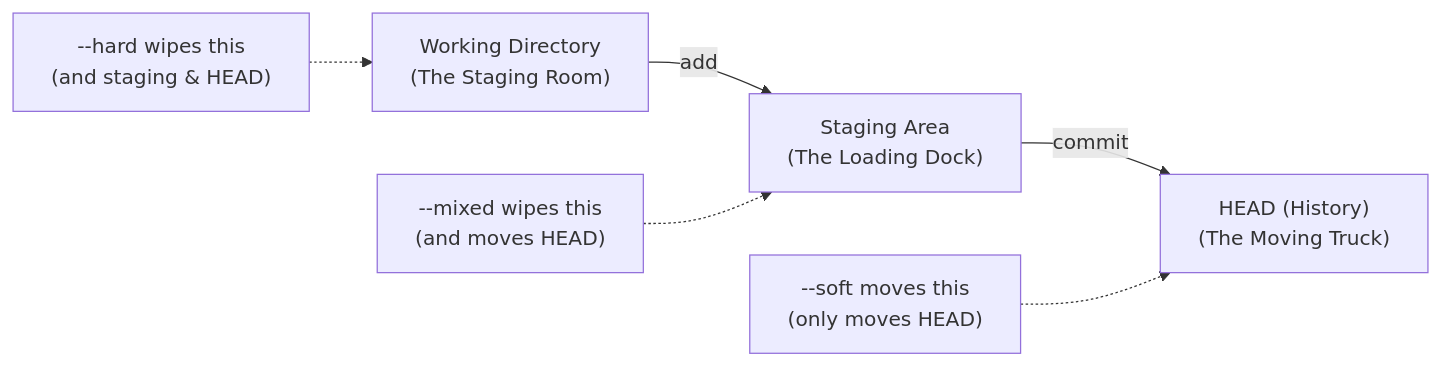
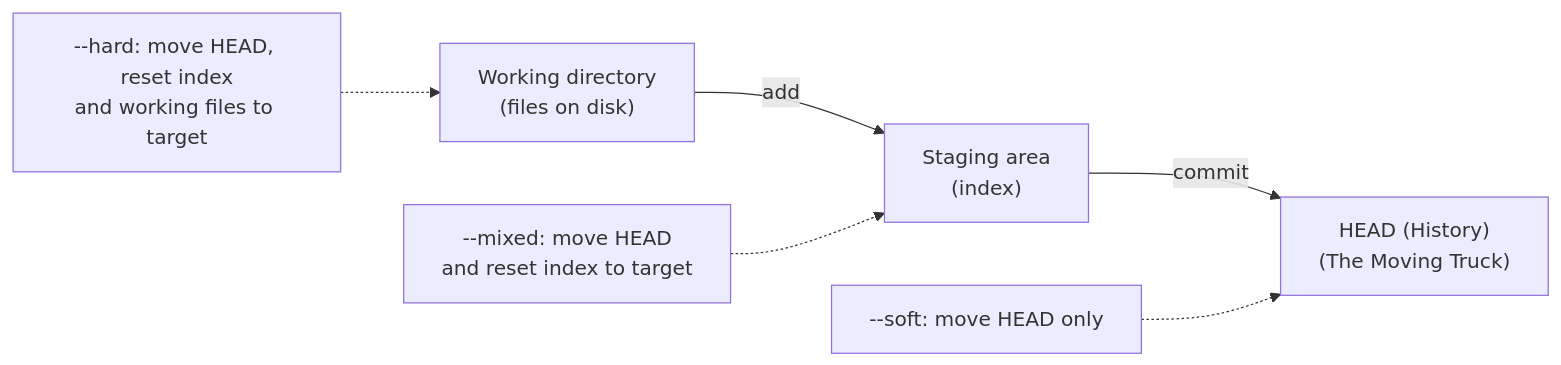
The first of 3 diagrams in src/content/docs/prerequisites/git-deep-dive/module-4-undo-recovery.md (kube-dojo/kube-dojo.github.io), drawn with Mermaid before and after one commit. The commit also changed other lines of this file and 2 other files, not shown here.

Commit message:
fix: align recovery diagrams and practice with evidence (refs #3610)

````diff
--- a/src/content/docs/prerequisites/git-deep-dive/module-4-undo-recovery.md
+++ b/src/content/docs/prerequisites/git-deep-dive/module-4-undo-recovery.md
@@ -44,9 +44,9 @@
 ```mermaid
 graph LR
-    WD["Working Directory<br>(The Staging Room)"] -- "add" --> SA["Staging Area<br>(The Loading Dock)"]
+    WD["Working directory<br>(files on disk)"] -- "add" --> SA["Staging area<br>(index)"]
     SA -- "commit" --> HEAD["HEAD (History)<br>(The Moving Truck)"]
 
-    Hard["--hard wipes this<br>(and staging & HEAD)"] -.-> WD
-    Mixed["--mixed wipes this<br>(and moves HEAD)"] -.-> SA
-    Soft["--soft moves this<br>(only moves HEAD)"] -.-> HEAD
+    Hard["--hard: move HEAD, reset index<br>and working files to target"] -.-> WD
+    Mixed["--mixed: move HEAD<br>and reset index to target"] -.-> SA
+    Soft["--soft: move HEAD only"] -.-> HEAD
 ```
````
